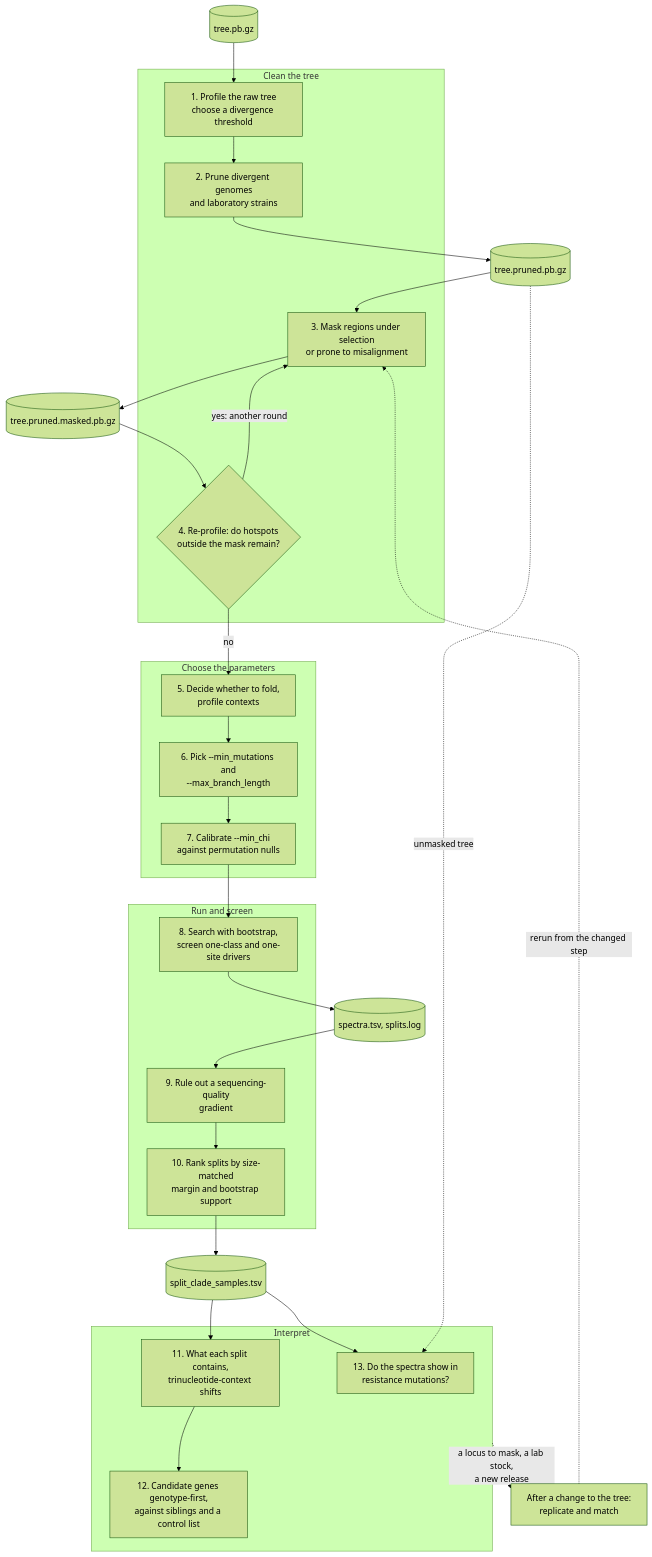
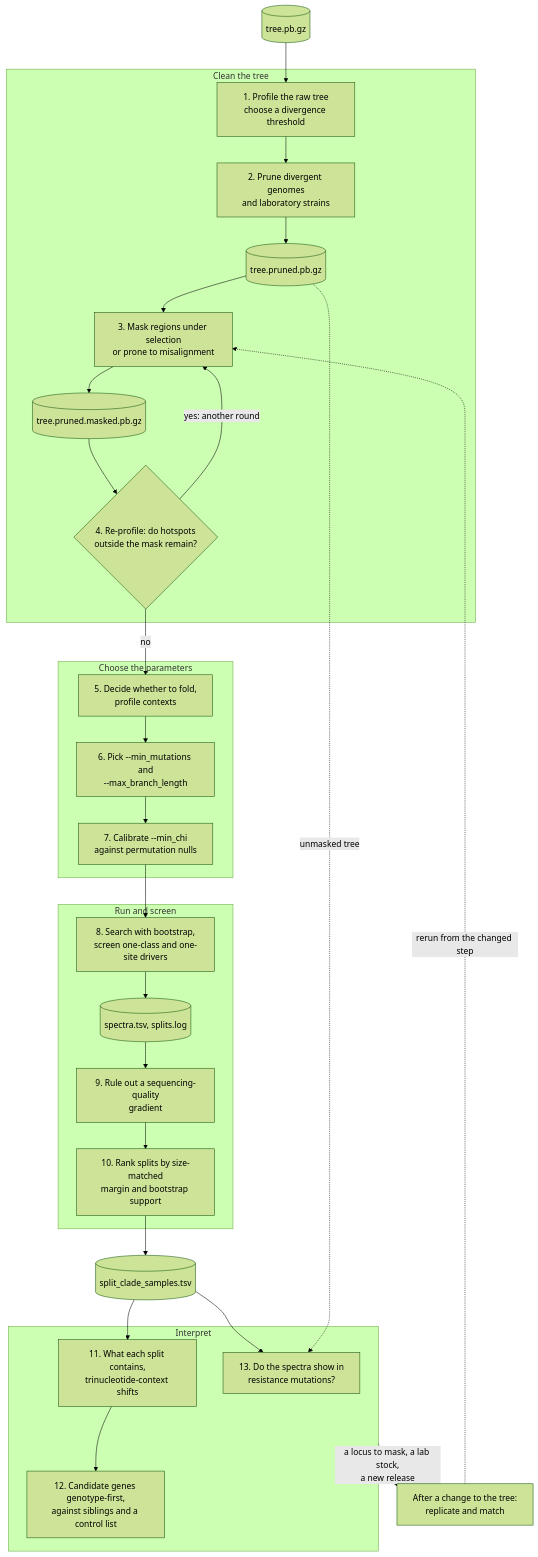
Before and after one commit to AngieHinrichs/spectrumSplits: the diagram in tuning/HOWTO.md, drawn with Mermaid (forest theme).

Commit message:
HOWTO.md: put each phase's files inside its box in the overview
The pruned and masked trees now sit in "Clean the tree", and spectra.tsv
and splits.log in "Run and screen", after the steps that make them.

````diff
--- a/tuning/HOWTO.md
+++ b/tuning/HOWTO.md
@@ -17,45 +17,45 @@
 ```mermaid
 flowchart TD
     raw[("tree.pb.gz")]
 
     subgraph clean["Clean the tree"]
         s1["1. Profile the raw tree<br/>choose a divergence threshold"]
         s2["2. Prune divergent genomes<br/>and laboratory strains"]
+        pruned[("tree.pruned.pb.gz")]
         s3["3. Mask regions under selection<br/>or prone to misalignment"]
+        masked[("tree.pruned.masked.pb.gz")]
         s4{"4. Re-profile: do hotspots<br/>outside the mask remain?"}
     end
 
     subgraph params["Choose the parameters"]
         s5["5. Decide whether to fold,<br/>profile contexts"]
         s6["6. Pick --min_mutations and<br/>--max_branch_length"]
         s7["7. Calibrate --min_chi<br/>against permutation nulls"]
     end
 
     subgraph screen["Run and screen"]
         s8["8. Search with bootstrap,<br/>screen one-class and one-site drivers"]
+        spectra[("spectra.tsv, splits.log")]
         s9["9. Rule out a sequencing-quality<br/>gradient"]
         s10["10. Rank splits by size-matched<br/>margin and bootstrap support"]
     end
 
     subgraph interpret["Interpret"]
         s11["11. What each split contains,<br/>trinucleotide-context shifts"]
         s12["12. Candidate genes genotype-first,<br/>against siblings and a control list"]
         s13["13. Do the spectra show in<br/>resistance mutations?"]
     end
 
-    pruned[("tree.pruned.pb.gz")]
-    masked[("tree.pruned.masked.pb.gz")]
-    spectra[("spectra.tsv, splits.log")]
     clades[("split_clade_samples.tsv")]
     change["After a change to the tree:<br/>replicate and match"]
 
     raw --> s1 --> s2 --> pruned --> s3 --> masked --> s4
     s4 -- "yes: another round" --> s3
     s4 -- no --> s5 --> s6 --> s7 --> s8
     s8 --> spectra --> s9 --> s10 --> clades
     clades --> s11 --> s12
     clades --> s13
     pruned -. "unmasked tree" .-> s13
     interpret -. "a locus to mask, a lab stock,<br/>a new release" .-> change
     change -. "rerun from the changed step" .-> s3
 ```
````
